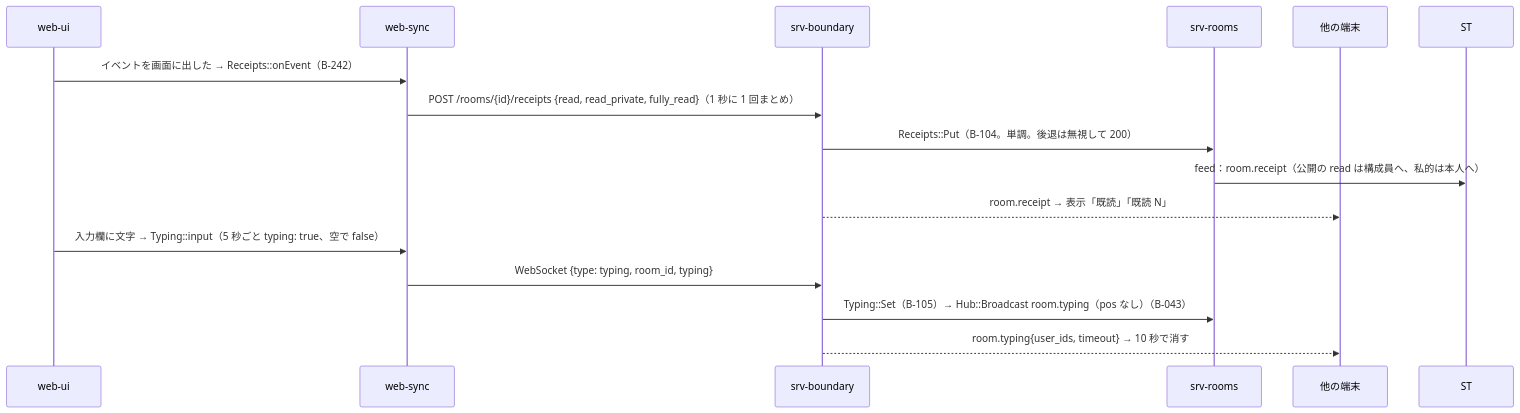
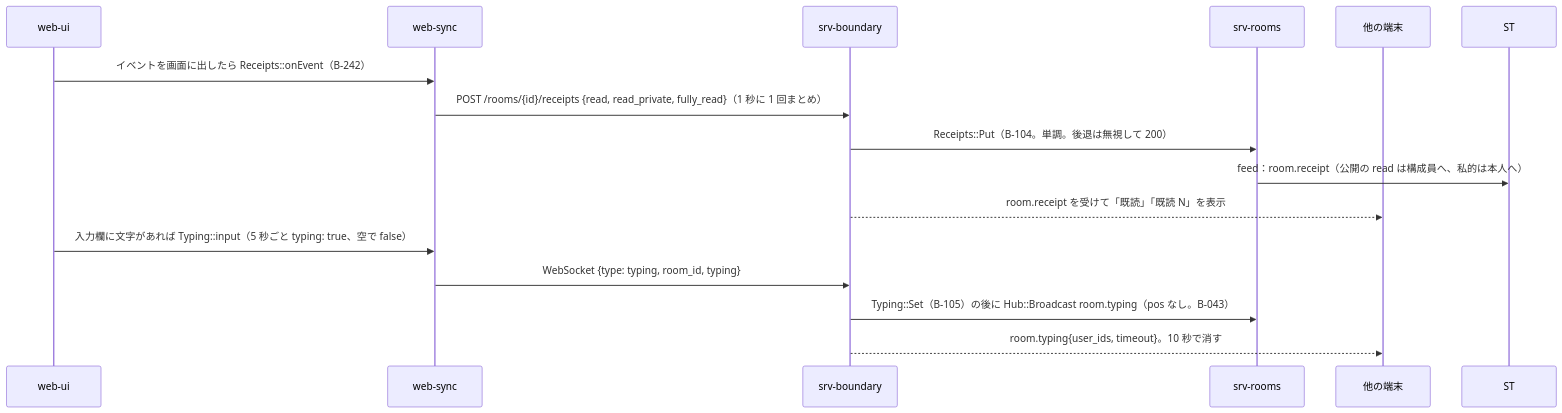
One commit to nrsd-ishikawasou/family-talk-pwa changed the second of 4 diagrams in dev/docs/jp/シーケンス/05_送信と配信.md. Above: the diagram before and after it, drawn with Mermaid. The commit also changed other lines of this file and 290 other files, not shown here.

````diff
--- a/dev/docs/jp/シーケンス/05_送信と配信.md
+++ b/dev/docs/jp/シーケンス/05_送信と配信.md
@@ -56,17 +67,17 @@
 ```mermaid
 sequenceDiagram
   participant UI as web-ui
   participant WS as web-sync
   participant BD as srv-boundary
   participant RM as srv-rooms
   participant O as 他の端末
-  UI->>WS: イベントを画面に出した → Receipts::onEvent（B-242）
+  UI->>WS: イベントを画面に出したら Receipts::onEvent（B-242）
   WS->>BD: POST /rooms/{id}/receipts {read, read_private, fully_read}（1 秒に 1 回まとめ）
   BD->>RM: Receipts::Put（B-104。単調。後退は無視して 200）
   RM->>ST: feed：room.receipt（公開の read は構成員へ、私的は本人へ）
-  BD-->>O: room.receipt → 表示「既読」「既読 N」
-  UI->>WS: 入力欄に文字 → Typing::input（5 秒ごと typing: true、空で false）
+  BD-->>O: room.receipt を受けて「既読」「既読 N」を表示
+  UI->>WS: 入力欄に文字があれば Typing::input（5 秒ごと typing: true、空で false）
   WS->>BD: WebSocket {type: typing, room_id, typing}
-  BD->>RM: Typing::Set（B-105）→ Hub::Broadcast room.typing（pos なし）（B-043）
-  BD-->>O: room.typing{user_ids, timeout} → 10 秒で消す
+  BD->>RM: Typing::Set（B-105）の後に Hub::Broadcast room.typing（pos なし。B-043）
+  BD-->>O: room.typing{user_ids, timeout}。10 秒で消す
 ```
````
